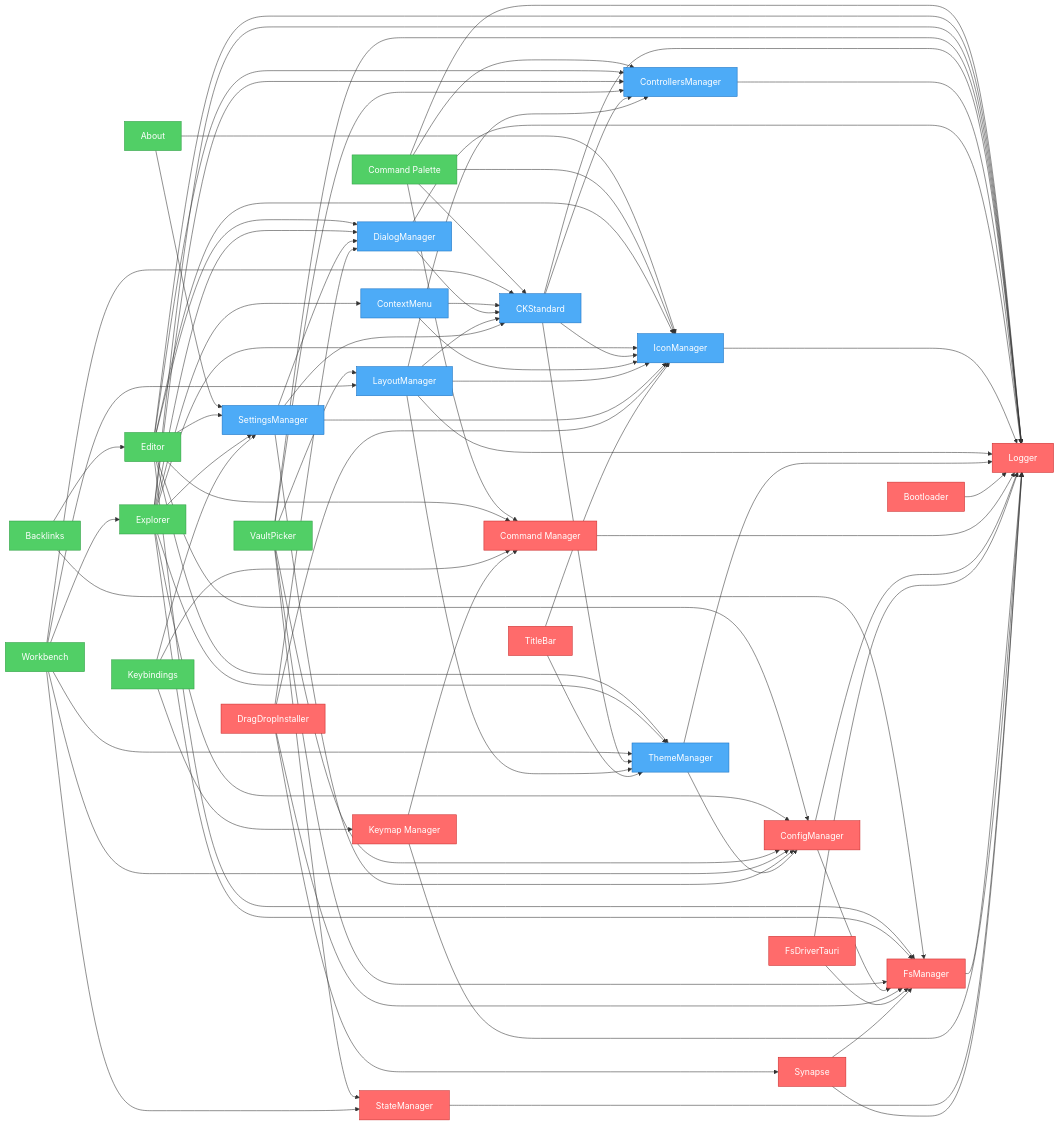
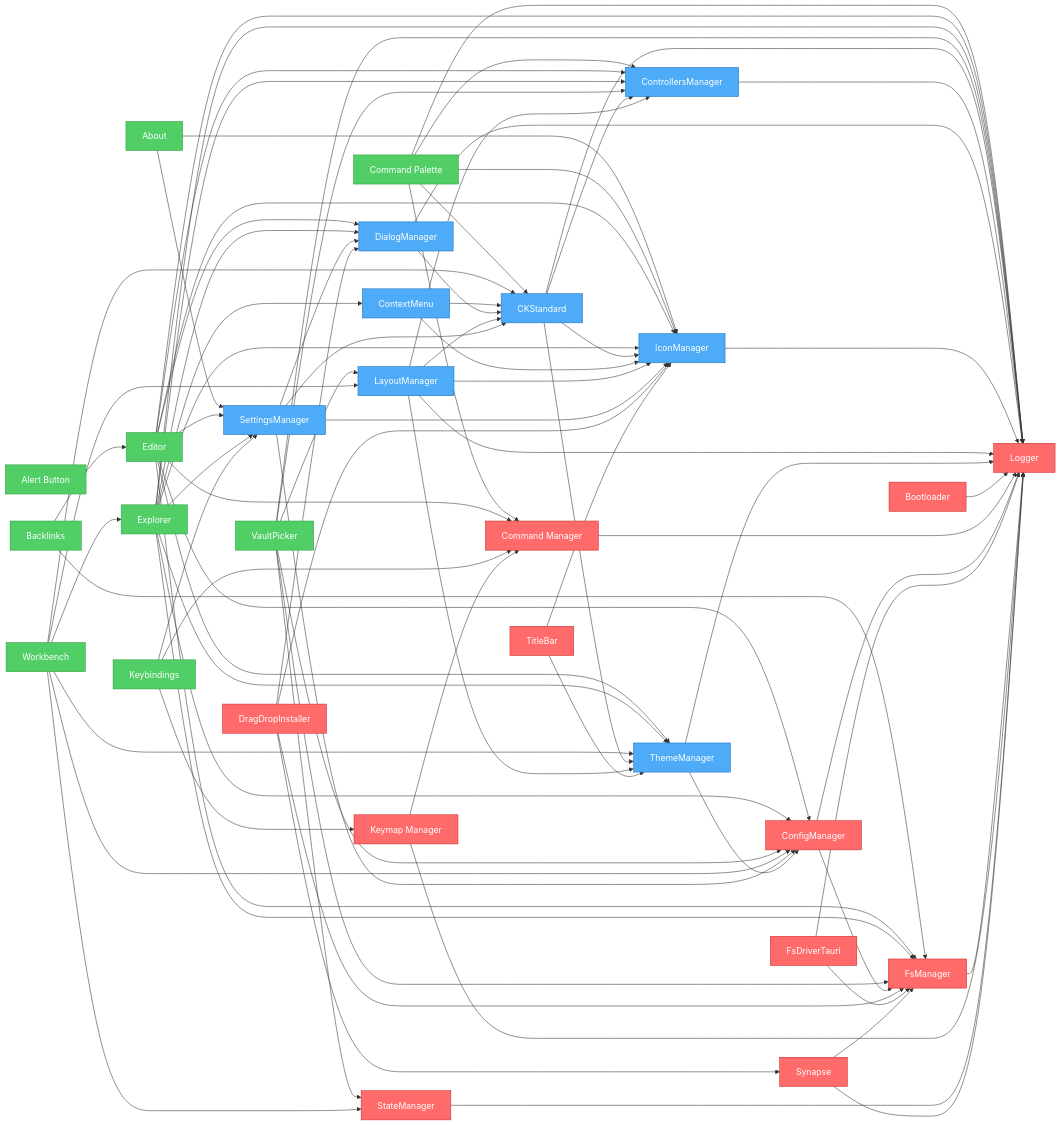
Before and after one commit to khton-tech/notehub.md: the diagram in artifacts/graph.mmd, drawn with Mermaid. The commit also changed 9 other files, not shown here.

Commit message:
feat: Add `alert-button` feature plugin including UI components and API inspector.

```diff
--- a/artifacts/graph.mmd
+++ b/artifacts/graph.mmd
@@ -1,118 +1,119 @@
 flowchart LR
     nh_features_about["About"]
+    features_alert-button["Alert Button"]
     nh_features_backlinks["Backlinks"]
     nh_features_command-palette["Command Palette"]
     nh_features_editor["Editor"]
     nh_features_explorer["Explorer"]
     nh_features_keybindings["Keybindings"]
     nh_features_vault-picker["VaultPicker"]
     nh_features_workbench["Workbench"]
     nh_ui_ck-standard["CKStandard"]
     nh_ui_context-menu["ContextMenu"]
     nh_ui_controllers-manager["ControllersManager"]
     nh_ui_dialog-manager["DialogManager"]
     nh_ui_icon-manager["IconManager"]
     nh_ui_layout-manager["LayoutManager"]
     nh_ui_settings-manager["SettingsManager"]
     nh_ui_theme-manager["ThemeManager"]
     nh_system_bootloader["Bootloader"]
     nh_system_command-manager["Command Manager"]
     nh_system_config-manager["ConfigManager"]
     nh_system_drag-drop["DragDropInstaller"]
     nh_system_fs-driver-tauri["FsDriverTauri"]
     nh_system_fs-manager["FsManager"]
     nh_system_keymap["Keymap Manager"]
     nh_system_logger["Logger"]
     nh_system_state-manager["StateManager"]
     nh_system_synapse["Synapse"]
     nh_system_titlebar["TitleBar"]
     nh_features_about --> nh_ui_settings-manager
     nh_features_about --> nh_ui_icon-manager
     nh_features_backlinks --> nh_features_editor
     nh_features_backlinks --> nh_system_fs-manager
     nh_features_command-palette --> nh_system_command-manager
     nh_features_command-palette --> nh_system_logger
     nh_features_command-palette --> nh_ui_controllers-manager
     nh_features_command-palette --> nh_ui_ck-standard
     nh_features_command-palette --> nh_ui_icon-manager
     nh_features_editor --> nh_system_config-manager
     nh_features_editor --> nh_system_command-manager
     nh_features_editor --> nh_ui_settings-manager
     nh_features_editor --> nh_system_fs-manager
     nh_features_editor --> nh_system_logger
     nh_features_editor --> nh_ui_controllers-manager
     nh_features_editor --> nh_ui_dialog-manager
     nh_features_editor --> nh_ui_icon-manager
     nh_features_editor --> nh_ui_theme-manager
     nh_features_explorer --> nh_system_config-manager
     nh_features_explorer --> nh_ui_settings-manager
     nh_features_explorer --> nh_system_fs-manager
     nh_features_explorer --> nh_system_logger
     nh_features_explorer --> nh_ui_controllers-manager
     nh_features_explorer --> nh_ui_icon-manager
     nh_features_explorer --> nh_ui_theme-manager
     nh_features_explorer --> nh_ui_context-menu
     nh_features_explorer --> nh_ui_dialog-manager
     nh_features_keybindings --> nh_ui_settings-manager
     nh_features_keybindings --> nh_system_command-manager
     nh_features_keybindings --> nh_system_keymap
     nh_features_vault-picker --> nh_system_fs-manager
     nh_features_vault-picker --> nh_system_config-manager
     nh_features_vault-picker --> nh_system_state-manager
     nh_features_vault-picker --> nh_system_logger
     nh_features_vault-picker --> nh_ui_controllers-manager
     nh_features_vault-picker --> nh_ui_layout-manager
     nh_features_workbench --> nh_system_config-manager
     nh_features_workbench --> nh_ui_layout-manager
     nh_features_workbench --> nh_ui_theme-manager
     nh_features_workbench --> nh_ui_ck-standard
     nh_features_workbench --> nh_system_state-manager
     nh_features_workbench --> nh_features_explorer
     nh_ui_ck-standard --> nh_system_logger
     nh_ui_ck-standard --> nh_ui_controllers-manager
     nh_ui_ck-standard --> nh_ui_icon-manager
     nh_ui_ck-standard --> nh_ui_theme-manager
     nh_ui_context-menu --> nh_ui_icon-manager
     nh_ui_context-menu --> nh_ui_ck-standard
     nh_ui_controllers-manager --> nh_system_logger
     nh_ui_dialog-manager --> nh_system_logger
     nh_ui_dialog-manager --> nh_ui_ck-standard
     nh_ui_icon-manager --> nh_system_logger
     nh_ui_layout-manager --> nh_system_logger
     nh_ui_layout-manager --> nh_ui_theme-manager
     nh_ui_layout-manager --> nh_ui_icon-manager
     nh_ui_layout-manager --> nh_ui_controllers-manager
     nh_ui_layout-manager --> nh_ui_ck-standard
     nh_ui_settings-manager --> nh_system_config-manager
     nh_ui_settings-manager --> nh_ui_ck-standard
     nh_ui_settings-manager --> nh_ui_icon-manager
     nh_ui_settings-manager --> nh_ui_dialog-manager
     nh_ui_theme-manager --> nh_system_logger
     nh_ui_theme-manager --> nh_system_config-manager
     nh_system_bootloader --> nh_system_logger
     nh_system_command-manager --> nh_system_logger
     nh_system_config-manager --> nh_system_logger
     nh_system_config-manager --> nh_system_fs-manager
     nh_system_drag-drop --> nh_ui_icon-manager
     nh_system_drag-drop --> nh_ui_dialog-manager
     nh_system_drag-drop --> nh_system_fs-manager
     nh_system_drag-drop --> nh_system_synapse
     nh_system_fs-driver-tauri --> nh_system_logger
     nh_system_fs-driver-tauri --> nh_system_fs-manager
     nh_system_fs-manager --> nh_system_logger
     nh_system_keymap --> nh_system_command-manager
     nh_system_keymap --> nh_system_logger
     nh_system_state-manager --> nh_system_logger
     nh_system_synapse --> nh_system_fs-manager
     nh_system_synapse --> nh_system_logger
     nh_system_titlebar --> nh_ui_icon-manager
     nh_system_titlebar --> nh_ui_theme-manager
 
     %% Styles
     classDef system fill:#ff6b6b,stroke:#c92a2a,color:#fff
     classDef ui fill:#4dabf7,stroke:#1971c2,color:#fff
     classDef feature fill:#51cf66,stroke:#2f9e44,color:#fff
-    class nh_features_about,nh_features_backlinks,nh_features_keybindings,nh_features_vault-picker feature
+    class nh_features_about,features_alert-button,nh_features_backlinks,nh_features_keybindings,nh_features_vault-picker feature
     class nh_features_command-palette,nh_features_editor,nh_features_explorer,nh_features_workbench feature
     class nh_ui_ck-standard,nh_ui_context-menu,nh_ui_controllers-manager,nh_ui_dialog-manager,nh_ui_icon-manager,nh_ui_layout-manager,nh_ui_settings-manager,nh_ui_theme-manager ui
     class nh_system_bootloader,nh_system_command-manager,nh_system_config-manager,nh_system_drag-drop,nh_system_fs-driver-tauri,nh_system_fs-manager,nh_system_keymap,nh_system_logger,nh_system_state-manager,nh_system_synapse,nh_system_titlebar system
```
